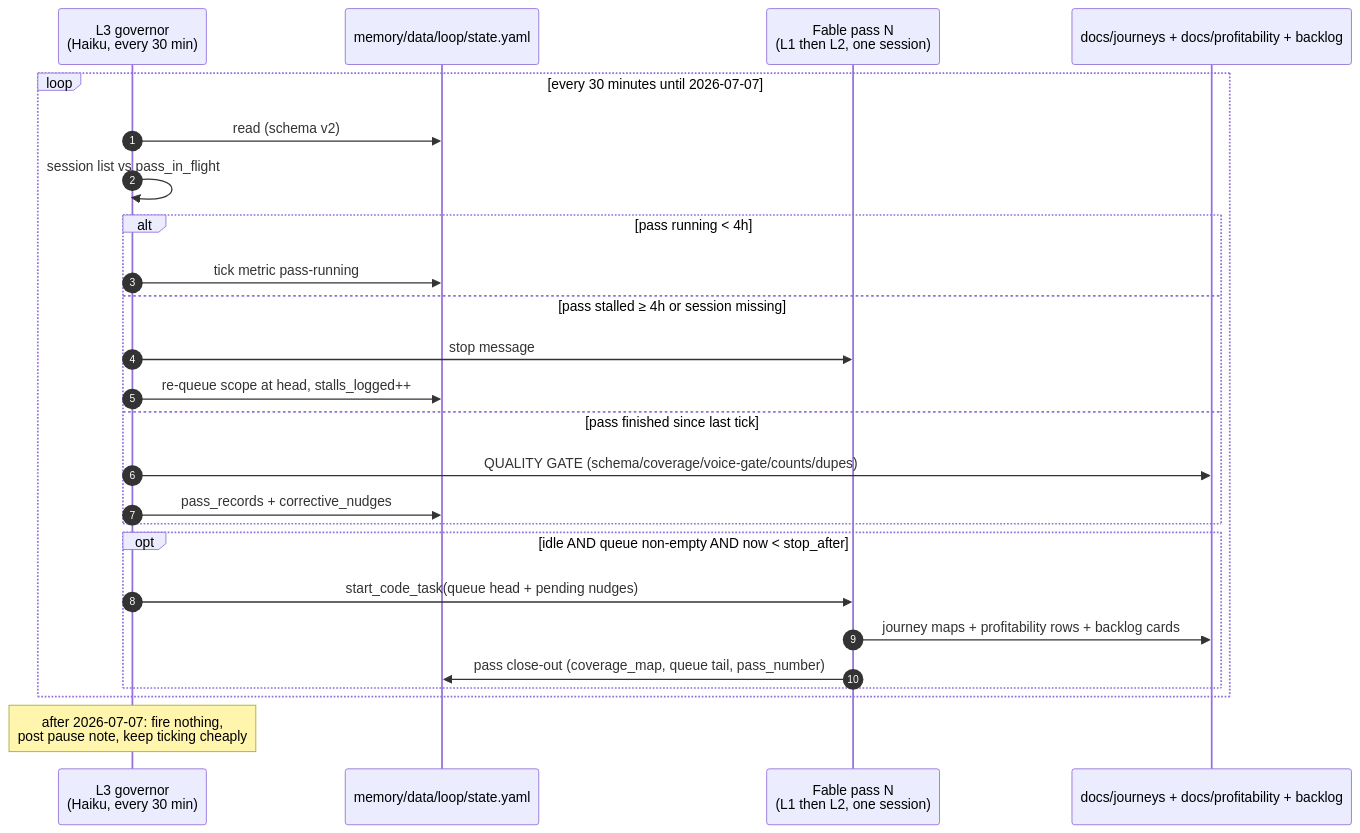
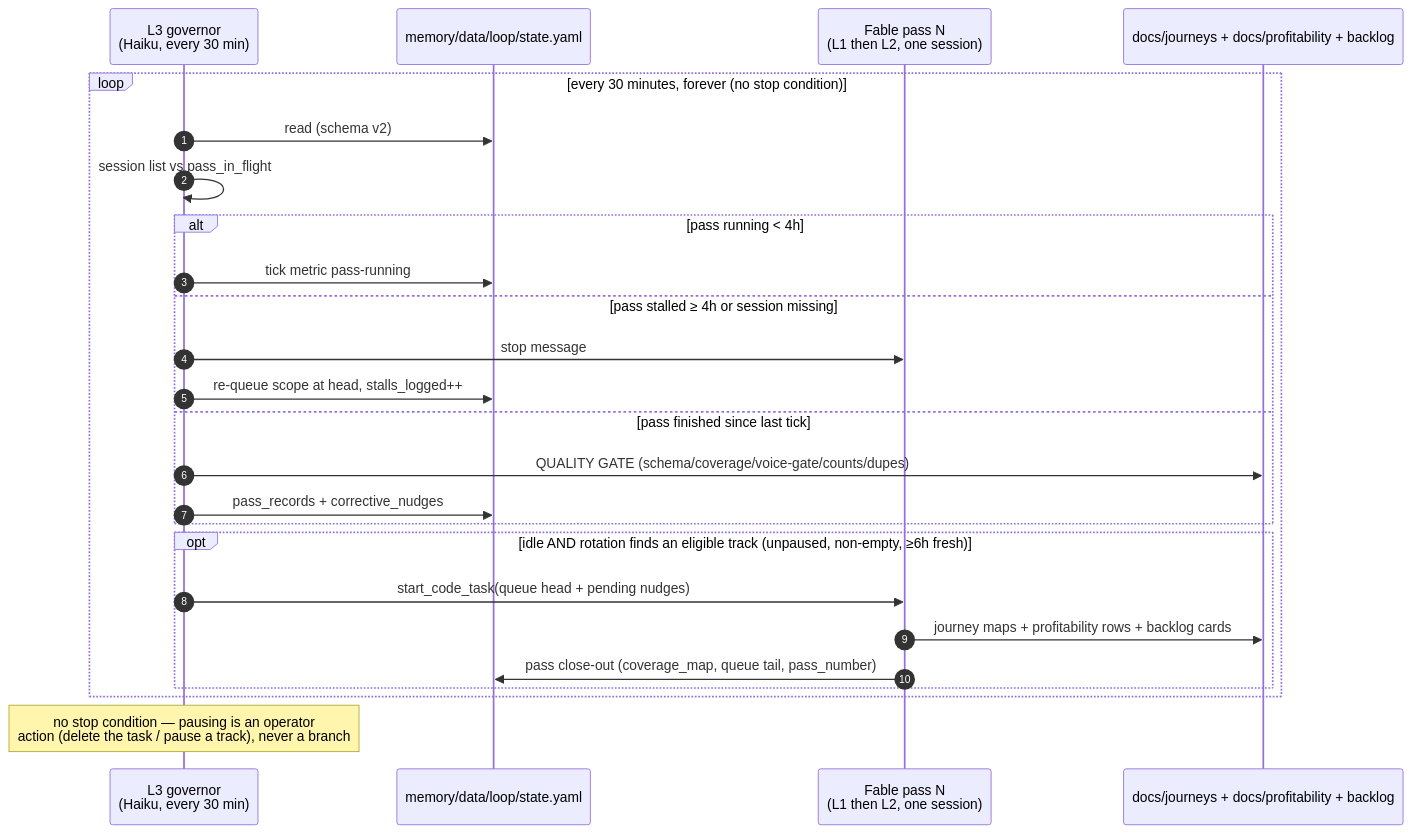
Before and after one commit to cchambers6/agentplain: the first of 2 diagrams in docs/loop/00-DESIGN.md, drawn with Mermaid. The commit also changed other lines of this file and 7 other files, not shown here.

````diff
--- a/docs/loop/00-DESIGN.md
+++ b/docs/loop/00-DESIGN.md
@@ -28,28 +46,28 @@
 ```mermaid
 sequenceDiagram
     autonumber
     participant Gov as L3 governor<br/>(Haiku, every 30 min)
     participant State as memory/data/loop/state.yaml
     participant Pass as Fable pass N<br/>(L1 then L2, one session)
     participant Repo as docs/journeys + docs/profitability + backlog
 
-    loop every 30 minutes until 2026-07-07
+    loop every 30 minutes, forever (no stop condition)
         Gov->>State: read (schema v2)
         Gov->>Gov: session list vs pass_in_flight
         alt pass running < 4h
             Gov->>State: tick metric pass-running
         else pass stalled ≥ 4h or session missing
             Gov->>Pass: stop message
             Gov->>State: re-queue scope at head, stalls_logged++
         else pass finished since last tick
             Gov->>Repo: QUALITY GATE (schema/coverage/voice-gate/counts/dupes)
             Gov->>State: pass_records + corrective_nudges
         end
-        opt idle AND queue non-empty AND now < stop_after
+        opt idle AND rotation finds an eligible track (unpaused, non-empty, ≥6h fresh)
             Gov->>Pass: start_code_task(queue head + pending nudges)
             Pass->>Repo: journey maps + profitability rows + backlog cards
             Pass->>State: pass close-out (coverage_map, queue tail, pass_number)
         end
     end
-    Note over Gov: after 2026-07-07: fire nothing,<br/>post pause note, keep ticking cheaply
+    Note over Gov: no stop condition — pausing is an operator<br/>action (delete the task / pause a track), never a branch
 ```
````
